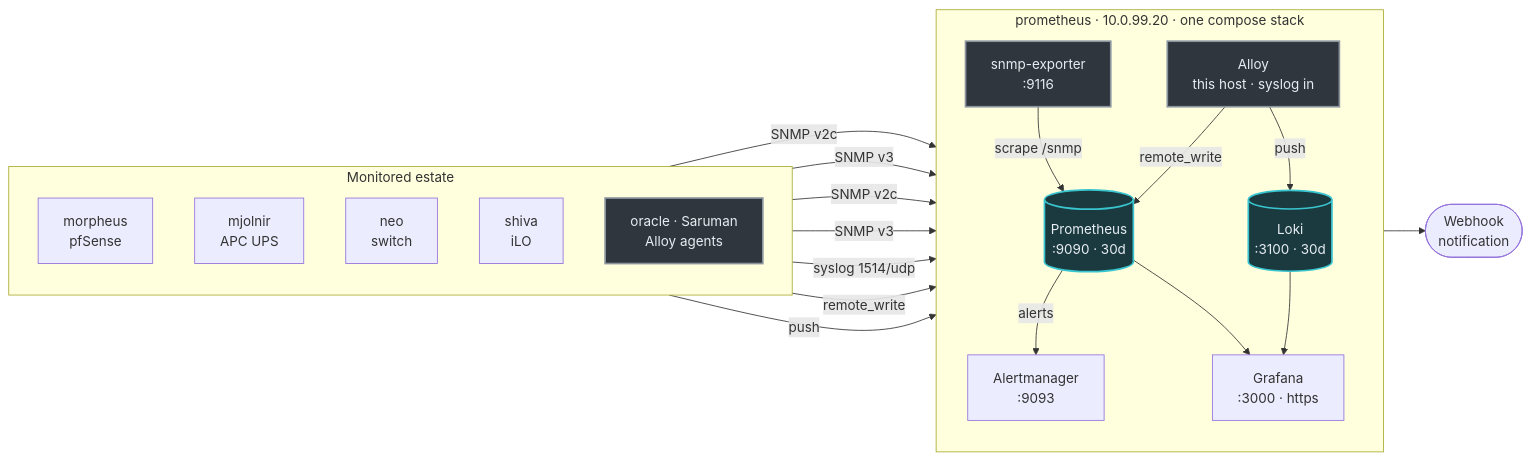
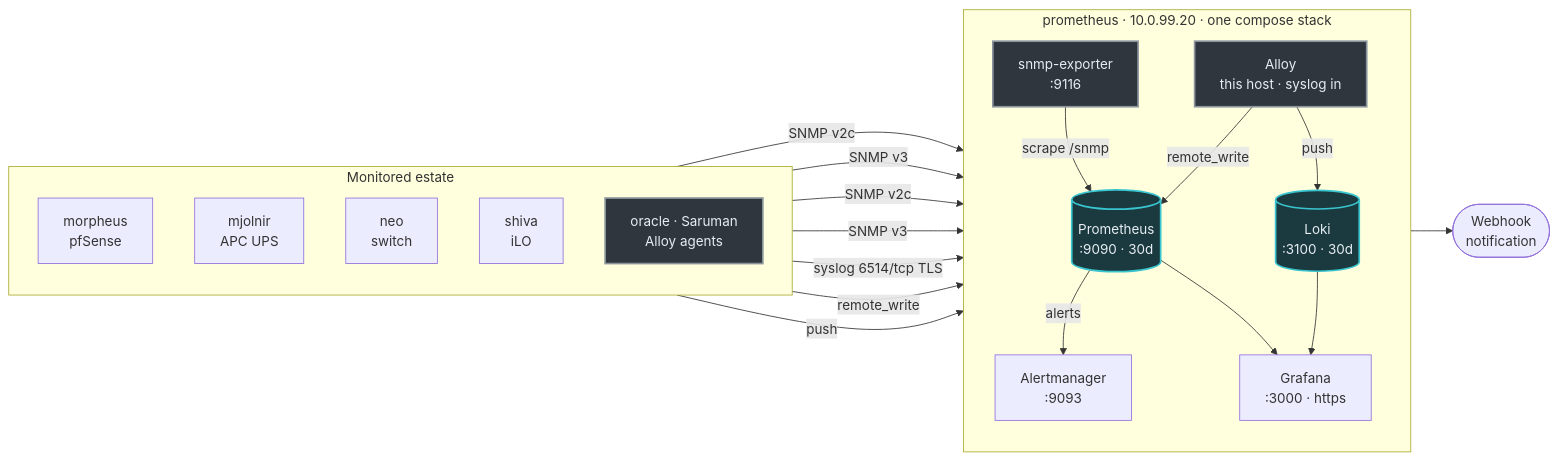
The second of 2 diagrams in docs/architecture.md (Gerrrt/HomeLab), drawn with Mermaid before and after one commit. The commit also changed other lines of this file and 11 other files, not shown here.

````diff
--- a/docs/architecture.md
+++ b/docs/architecture.md
@@ -118,48 +118,48 @@
 ```mermaid
 graph LR
     subgraph Sources["Monitored estate"]
         direction TB
         PF["morpheus<br/>pfSense"]
         UPSD["mjolnir<br/>APC UPS"]
         SWD["neo<br/>switch"]
         ILO["shiva<br/>iLO"]
         AGENTS["oracle · Saruman<br/>Alloy agents"]
     end
 
     subgraph Stack["prometheus · 10.0.99.20 · one compose stack"]
         direction TB
         SNMP["snmp-exporter<br/>:9116"]
         ALLOY["Alloy<br/>this host · syslog in"]
         PROM[("Prometheus<br/>:9090 · 30d")]
         LOKI[("Loki<br/>:3100 · 30d")]
         AM["Alertmanager<br/>:9093"]
         GRAF["Grafana<br/>:3000 · https"]
     end
 
     OUT([Webhook<br/>notification])
 
     PF -->|SNMP v2c| SNMP
     UPSD -->|SNMP v3| SNMP
     SWD -->|SNMP v2c| SNMP
     ILO -->|SNMP v3| SNMP
-    PF -->|syslog 1514/udp| ALLOY
+    PF -->|syslog 6514/tcp TLS| ALLOY
     AGENTS -->|remote_write| PROM
     AGENTS -->|push| LOKI
 
     SNMP -->|scrape /snmp| PROM
     ALLOY -->|remote_write| PROM
     ALLOY -->|push| LOKI
     PROM -->|alerts| AM
     AM --> OUT
     PROM --> GRAF
     LOKI --> GRAF
 
     %% Deliberately outside the VLAN palette — this diagram is about data
     %% paths, not segments, and reusing a cable colour here would read as a
     %% claim about which segment a component is on. Grey means the same thing
     %% in both diagrams: plumbing. No dashes — that means "terminal" now.
     classDef store fill:#1b3a3f,stroke:#39c5cf,color:#e6edf3,stroke-width:2px
     classDef agent fill:#30363d,stroke:#8b949e,color:#e6edf3,stroke-width:2px
     class PROM,LOKI store
     class SNMP,ALLOY,AGENTS agent
 ```
````
